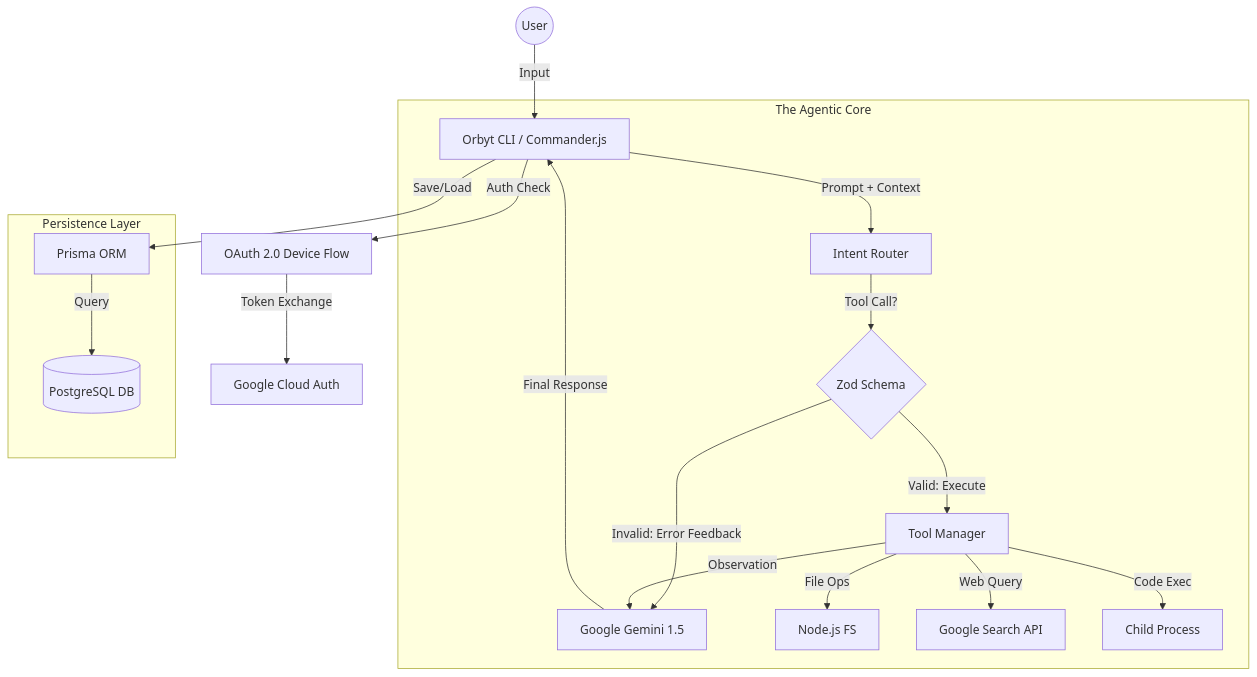
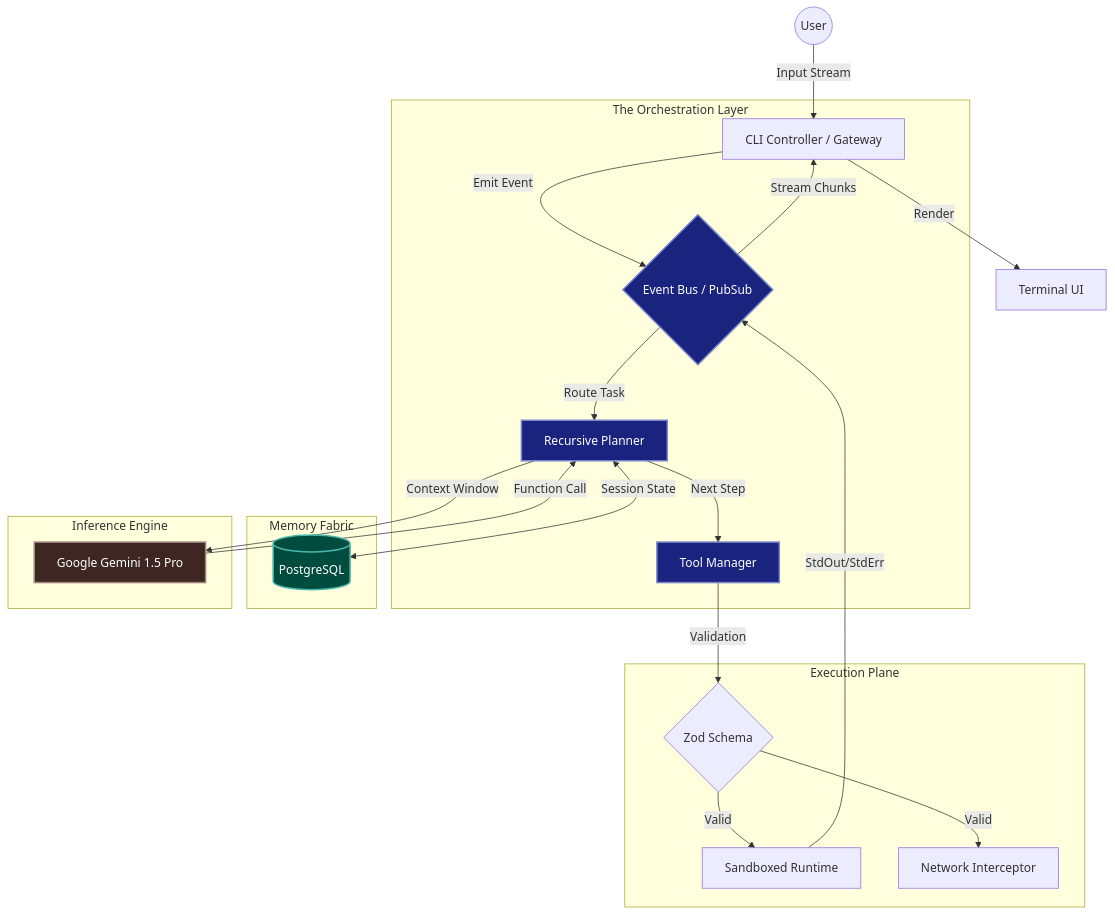
One commit to Ujjwal5705/Orbyt-CLI changed the first of 3 diagrams in README.md. Above: the diagram before and after it, drawn with Mermaid. The commit also changed other lines of this file, not shown here.

First line of the commit message:
Revise README with improved architecture details

````diff
--- a/README.md
+++ b/README.md
@@ -18,27 +21,36 @@
 ```mermaid
 graph TD
-    User((User)) -->|Input| CLI[Orbyt CLI / Commander.js]
-    CLI -->|Auth Check| OAuth[OAuth 2.0 Device Flow]
-    OAuth -->|Token Exchange| GCloud[Google Cloud Auth]
+    %% Theme
+    classDef core fill:#1a237e,stroke:#7986cb,stroke-width:2px,color:white;
+    classDef data fill:#004d40,stroke:#4db6ac,stroke-width:2px,color:white;
+    classDef ext fill:#3e2723,stroke:#a1887f,stroke-width:2px,color:white;
+
+    User((User)) -->|Input Stream| Gateway[CLI Controller / Gateway]
     
-    subgraph "The Agentic Core"
-        CLI -->|Prompt + Context| Router[Intent Router]
-        Router -->|Tool Call?| Validation{Zod Schema}
-        
-        %% Validation Logic
-        Validation -->|Invalid: Error Feedback| LLM[Google Gemini 1.5]
-        Validation -->|Valid: Execute| Tools[Tool Manager]
-        
-        Tools -->|File Ops| FS[Node.js FS]
-        Tools -->|Web Query| Search[Google Search API]
-        Tools -->|Code Exec| Runtime[Child Process]
+    subgraph "The Orchestration Layer"
+        Gateway -->|Emit Event| EventBus{Event Bus / PubSub}
+        EventBus -->|Route Task| Planner[Recursive Planner]
+        Planner -->|Next Step| ToolMgr[Tool Manager]
     end
 
-    subgraph "Persistence Layer"
-        CLI -->|Save/Load| Prisma[Prisma ORM]
-        Prisma -->|Query| Postgres[(PostgreSQL DB)]
+    subgraph "Execution Plane"
+        ToolMgr -->|Validation| Zod{Zod Schema}
+        Zod -- Valid --> Sandbox[Sandboxed Runtime]
+        Zod -- Valid --> Net[Network Interceptor]
+        Sandbox -->|StdOut/StdErr| EventBus
     end
 
-    Tools -->|Observation| LLM
-    LLM -->|Final Response| CLI
+    subgraph "Memory Fabric"
+        Planner <-->|Session State| RelationalDB[(PostgreSQL)]:::data
+    end
+
+    subgraph "Inference Engine"
+        Planner -->|Context Window| Gemini[Google Gemini 1.5 Pro]:::ext
+        Gemini -->|Function Call| Planner
+    end
+
+    EventBus -->|Stream Chunks| Gateway
+    Gateway -->|Render| UI[Terminal UI]
+
+    class Planner,EventBus,ToolMgr core
 ```
````
